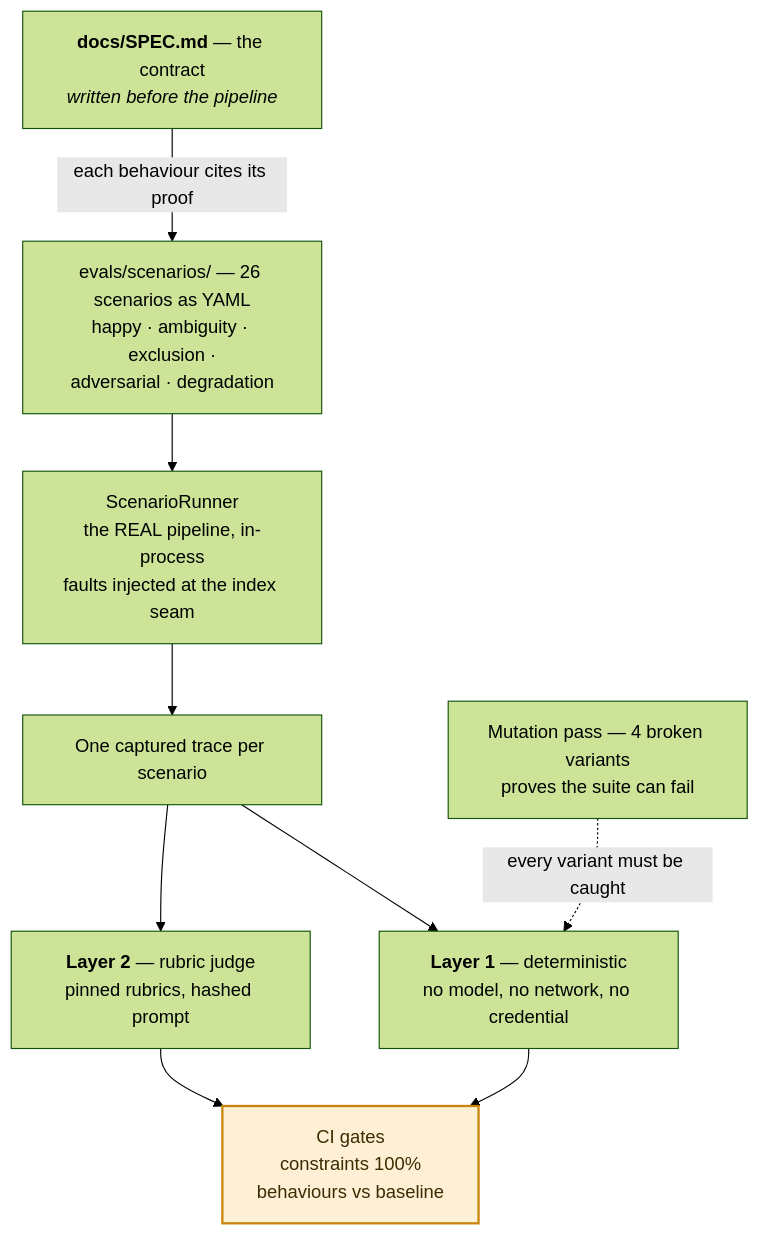
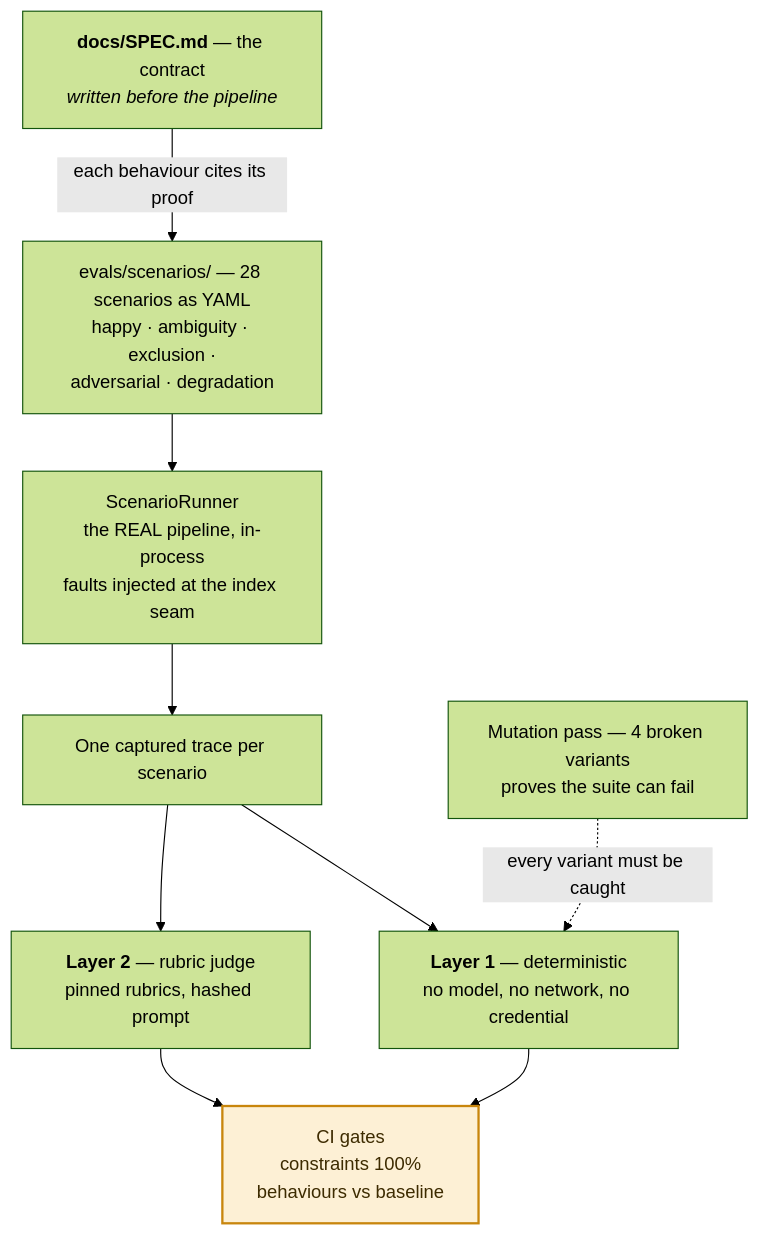
The first of 2 diagrams in README.md (konradcinkusz/listing-search-bench), drawn with Mermaid (forest theme) before and after one commit. The commit also changed other lines of this file and 34 other files, not shown here.

First line of the commit message:
Land four zero-dependency roadmap items: API hardening, ingestion robustness, an embedding-provider seam, and the project overview

````diff
--- a/README.md
+++ b/README.md
@@ -26,23 +26,23 @@
 ```mermaid
 flowchart TD
     spec["<b>docs/SPEC.md</b> — the contract<br/><i>written before the pipeline</i>"]
-    scen["evals/scenarios/ — 26 scenarios as YAML<br/>happy · ambiguity · exclusion ·<br/>adversarial · degradation"]
+    scen["evals/scenarios/ — 28 scenarios as YAML<br/>happy · ambiguity · exclusion ·<br/>adversarial · degradation"]
     runner["ScenarioRunner<br/>the REAL pipeline, in-process<br/>faults injected at the index seam"]
     trace["One captured trace per scenario"]
     l1["<b>Layer 1</b> — deterministic<br/>no model, no network, no credential"]
     l2["<b>Layer 2</b> — rubric judge<br/>pinned rubrics, hashed prompt"]
     mut["Mutation pass — 4 broken variants<br/>proves the suite can fail"]
     gate["CI gates<br/>constraints 100%<br/>behaviours vs baseline"]
 
     spec -->|"each behaviour cites its proof"| scen
     scen --> runner
     runner --> trace
     trace --> l1
     trace --> l2
     l1 --> gate
     l2 --> gate
     mut -.->|"every variant must be caught"| l1
 
     classDef star fill:#fdf0d5,stroke:#c8860d,stroke-width:2px,color:#3d2b00
     class gate star
 ```
````
